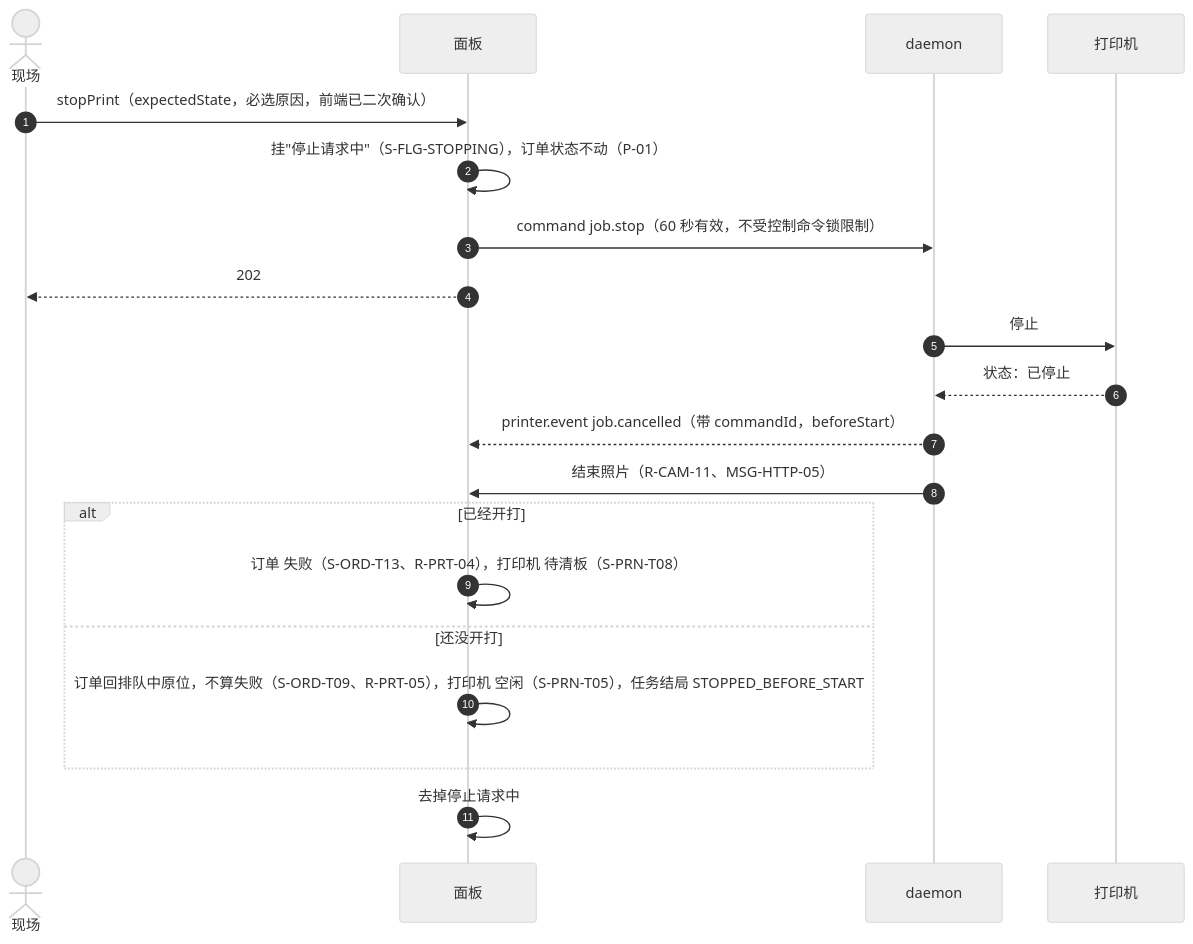
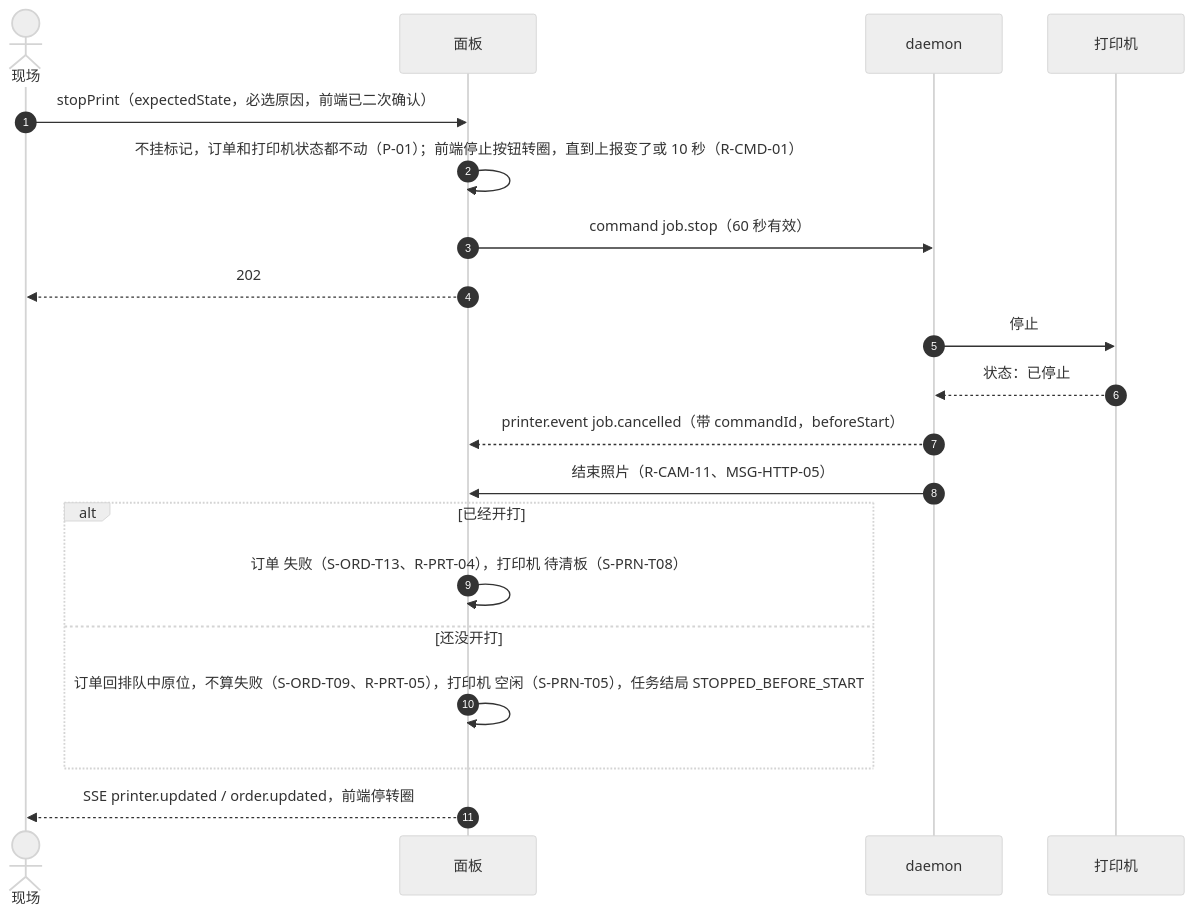
One commit to PlateRelay/PlateRelay changed the fourth of 11 diagrams in docs/design/03-sequences.md. Above: the diagram before and after it, drawn with Mermaid (neutral theme). The commit also changed other lines of this file, not shown here.

First line of the commit message:
docs(design): remove command lock from dispatch, stop, fault, and reconcile sequences

````diff
--- a/docs/design/03-sequences.md
+++ b/docs/design/03-sequences.md
@@ -164,22 +163,22 @@
 ```mermaid
 sequenceDiagram
   autonumber
   actor S as 现场
   participant P as 面板
   participant D as daemon
   participant R as 打印机
   S->>P: stopPrint（expectedState，必选原因，前端已二次确认）
-  P->>P: 挂"停止请求中"（S-FLG-STOPPING），订单状态不动（P-01）
-  P->>D: command job.stop（60 秒有效，不受控制命令锁限制）
+  P->>P: 不挂标记，订单和打印机状态都不动（P-01）；前端停止按钮转圈，直到上报变了或 10 秒（R-CMD-01）
+  P->>D: command job.stop（60 秒有效）
   P-->>S: 202
   D->>R: 停止
   R-->>D: 状态：已停止
   D-->>P: printer.event job.cancelled（带 commandId，beforeStart）
   D->>P: 结束照片（R-CAM-11、MSG-HTTP-05）
   alt 已经开打
     P->>P: 订单 失败（S-ORD-T13、R-PRT-04），打印机 待清板（S-PRN-T08）
   else 还没开打
     P->>P: 订单回排队中原位，不算失败（S-ORD-T09、R-PRT-05），打印机 空闲（S-PRN-T05），任务结局 STOPPED_BEFORE_START
   end
-  P->>P: 去掉停止请求中
+  P-->>S: SSE printer.updated / order.updated，前端停转圈
 ```
````
